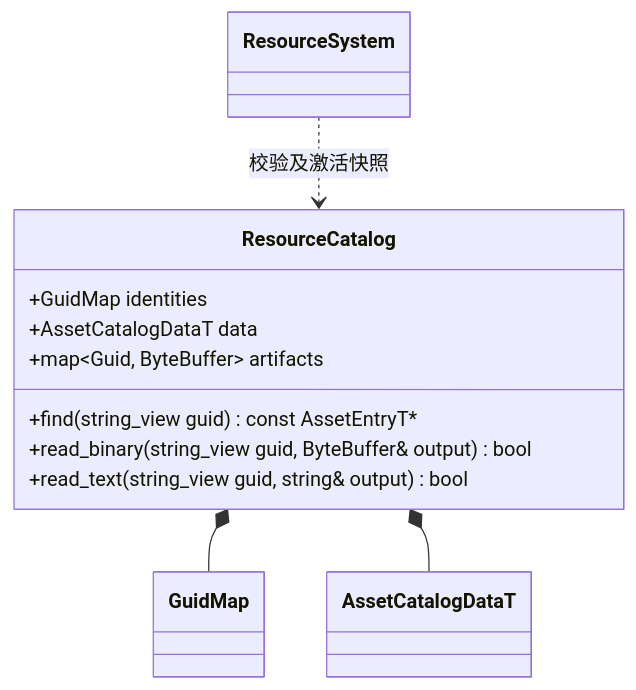
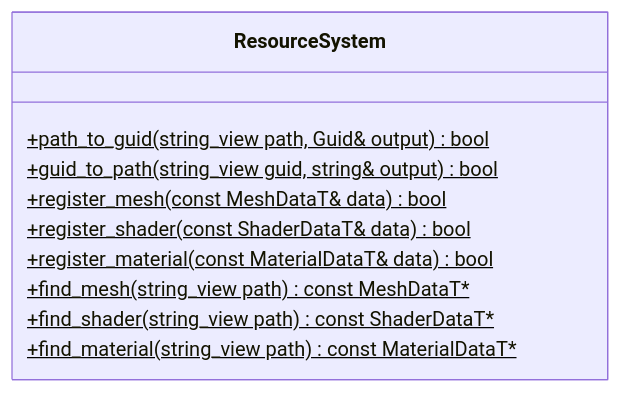
One commit to lcals/Engine changed the seventh of 7 diagrams in docs/runtime/class-diagrams/resource-system.md. Above: the diagram before and after it, drawn with Mermaid. The commit also changed other lines of this file and 96 other files, not shown here.

````diff
--- a/docs/runtime/class-diagrams/resource-system.md
+++ b/docs/runtime/class-diagrams/resource-system.md
@@ -89,17 +124,13 @@
 ```mermaid
 classDiagram
-    class ResourceCatalog {
-        +GuidMap identities
-        +AssetCatalogDataT data
-        +map~Guid, ByteBuffer~ artifacts
-        +find(string_view guid) const AssetEntryT#42;
-        +read_binary(string_view guid, ByteBuffer& output) bool
-        +read_text(string_view guid, string& output) bool
+    class ResourceSystem {
+        +path_to_guid(string_view path, Guid& output) bool$
+        +guid_to_path(string_view guid, string& output) bool$
+        +register_mesh(const MeshDataT& data) bool$
+        +register_shader(const ShaderDataT& data) bool$
+        +register_material(const MaterialDataT& data) bool$
+        +find_mesh(string_view path) const MeshDataT#42;$
+        +find_shader(string_view path) const ShaderDataT#42;$
+        +find_material(string_view path) const MaterialDataT#42;$
     }
-    class GuidMap
-    class AssetCatalogDataT
-    class ResourceSystem
-    ResourceCatalog *-- GuidMap
-    ResourceCatalog *-- AssetCatalogDataT
-    ResourceSystem ..> ResourceCatalog : 校验及激活快照
 ```
````
